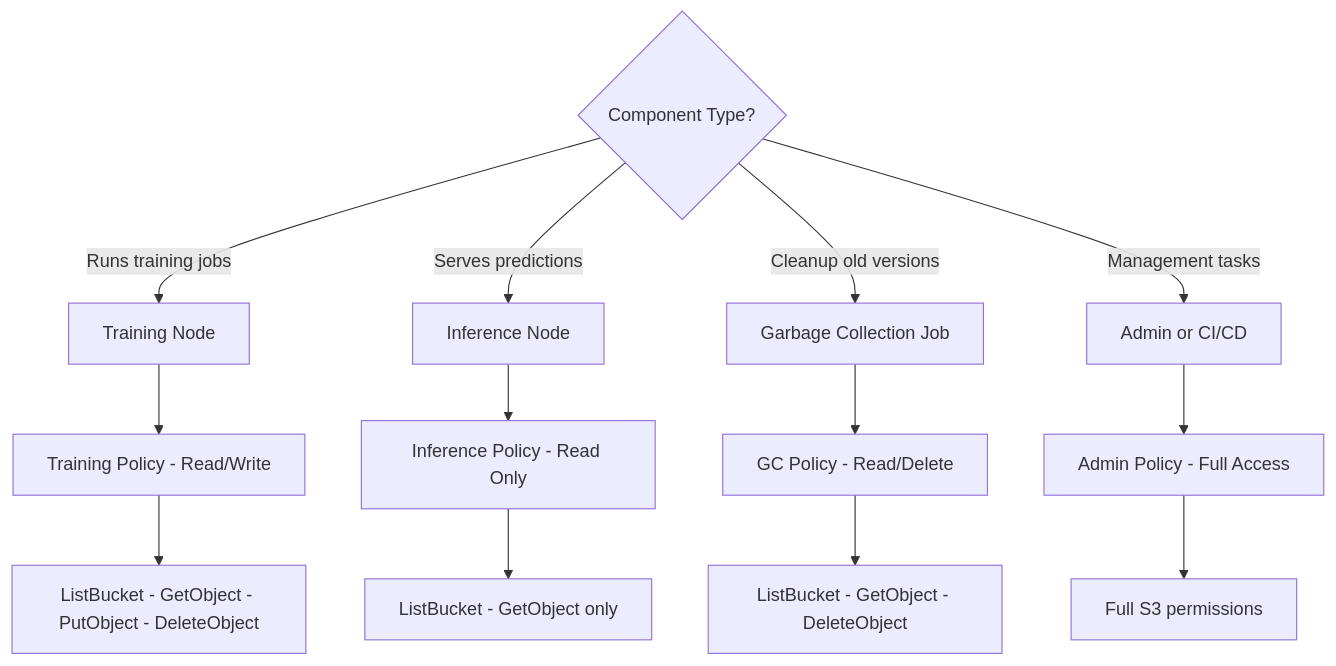
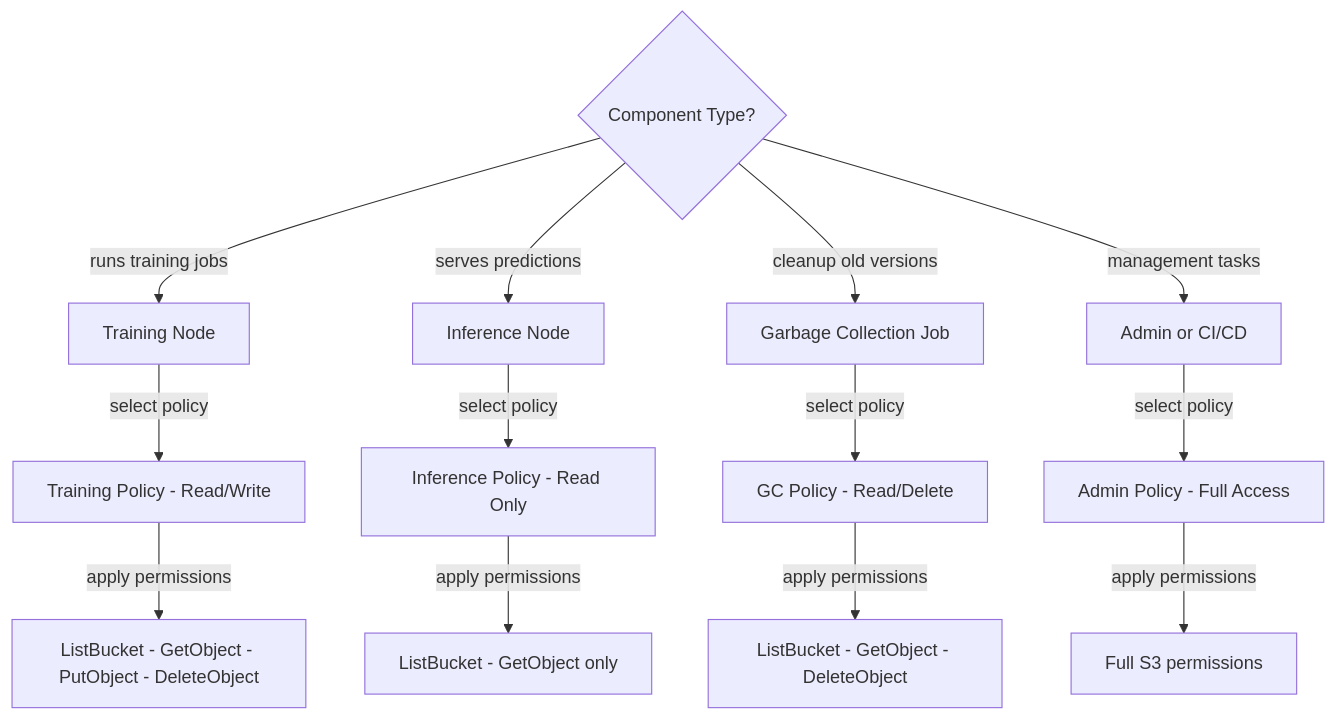
Before and after one commit to Tuee22/SpectralMC: the second of 5 diagrams in documents/product/deployment.md, drawn with Mermaid. The commit also changed other lines of this file and 28 other files, not shown here.

````diff
--- a/documents/product/deployment.md
+++ b/documents/product/deployment.md
@@ -112,29 +125,29 @@
 ```mermaid
 flowchart TB
   Start{Component Type?}
 
   Training[Training Node]
   Inference[Inference Node]
   GC[Garbage Collection Job]
   Admin[Admin or CI/CD]
 
   TrainingPolicy[Training Policy - Read/Write]
   InferencePolicy[Inference Policy - Read Only]
   GCPolicy[GC Policy - Read/Delete]
   AdminPolicy[Admin Policy - Full Access]
 
-  Start -->|Runs training jobs| Training
-  Start -->|Serves predictions| Inference
-  Start -->|Cleanup old versions| GC
-  Start -->|Management tasks| Admin
+  Start -->|runs training jobs| Training
+  Start -->|serves predictions| Inference
+  Start -->|cleanup old versions| GC
+  Start -->|management tasks| Admin
 
-  Training --> TrainingPolicy
-  Inference --> InferencePolicy
-  GC --> GCPolicy
-  Admin --> AdminPolicy
+  Training -->|select policy| TrainingPolicy
+  Inference -->|select policy| InferencePolicy
+  GC -->|select policy| GCPolicy
+  Admin -->|select policy| AdminPolicy
 
-  TrainingPolicy --> TrainingPerms[ListBucket - GetObject - PutObject - DeleteObject]
-  InferencePolicy --> InferencePerms[ListBucket - GetObject only]
-  GCPolicy --> GCPerms[ListBucket - GetObject - DeleteObject]
-  AdminPolicy --> AdminPerms[Full S3 permissions]
+  TrainingPolicy -->|apply permissions| TrainingPerms[ListBucket - GetObject - PutObject - DeleteObject]
+  InferencePolicy -->|apply permissions| InferencePerms[ListBucket - GetObject only]
+  GCPolicy -->|apply permissions| GCPerms[ListBucket - GetObject - DeleteObject]
+  AdminPolicy -->|apply permissions| AdminPerms[Full S3 permissions]
 ```
````
